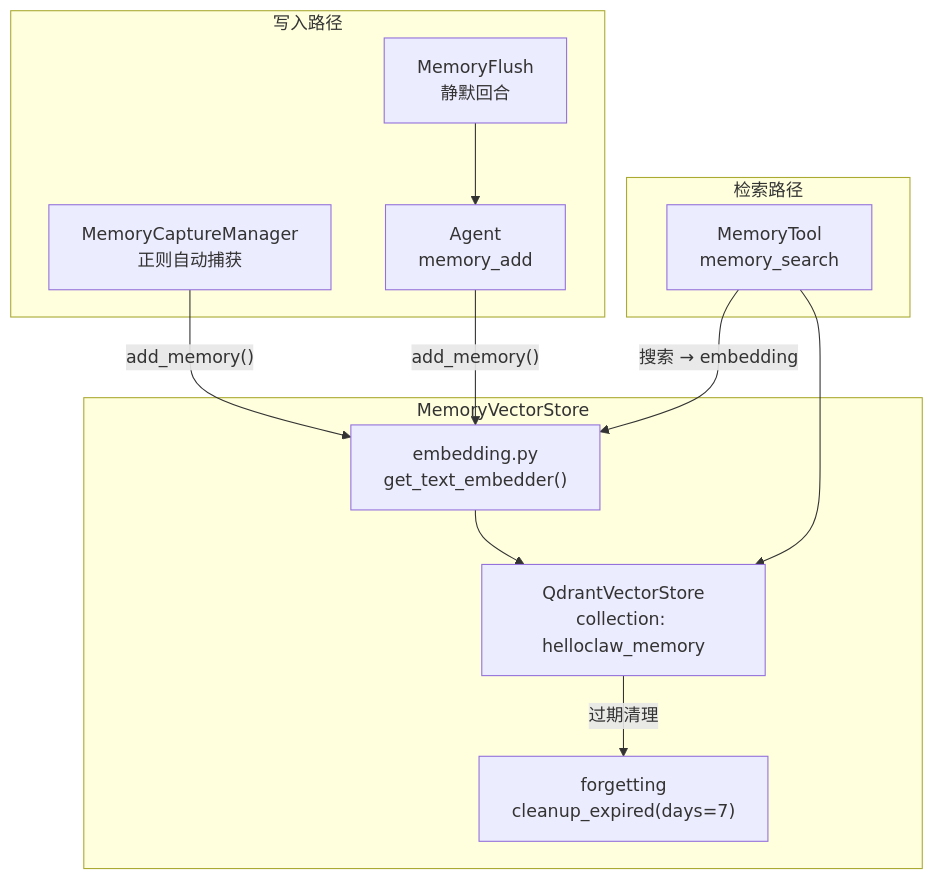
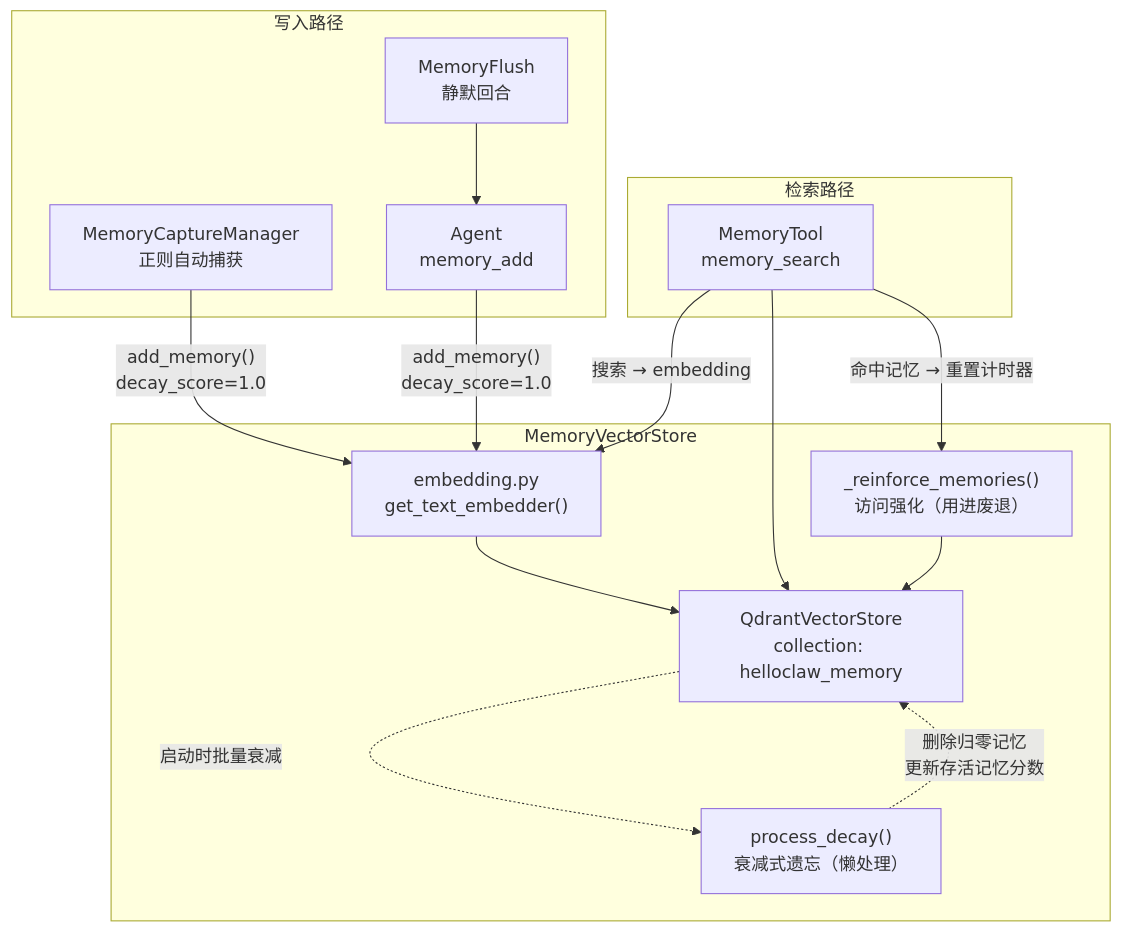
One commit to promisestar/MyClaw changed the second of 6 diagrams in docs/Memory实现与功能说明.md. Above: the diagram before and after it, drawn with Mermaid. The commit also changed other lines of this file and 4 other files, not shown here.

````diff
--- a/docs/Memory实现与功能说明.md
+++ b/docs/Memory实现与功能说明.md
@@ -72,26 +128,30 @@
 ```mermaid
 flowchart TB
     subgraph Store["MemoryVectorStore"]
         EMB["embedding.py<br/>get_text_embedder()"]
         QD["QdrantVectorStore<br/>collection: helloclaw_memory"]
-        FG["forgetting<br/>cleanup_expired(days=7)"]
+        FG["process_decay()<br/>衰减式遗忘（懒处理）"]
+        RF["_reinforce_memories()<br/>访问强化（用进废退）"]
     end
 
     subgraph Write["写入路径"]
         CAP["MemoryCaptureManager<br/>正则自动捕获"]
         AGT["Agent<br/>memory_add"]
         FLUSH["MemoryFlush<br/>静默回合"]
     end
 
     subgraph Read["检索路径"]
         TOOL["MemoryTool<br/>memory_search"]
     end
 
-    CAP -->|"add_memory()"| EMB
-    AGT -->|"add_memory()"| EMB
+    CAP -->|"add_memory()<br/>decay_score=1.0"| EMB
+    AGT -->|"add_memory()<br/>decay_score=1.0"| EMB
     FLUSH --> AGT
     EMB --> QD
     TOOL -->|"搜索 → embedding"| EMB
     TOOL --> QD
-    QD -->|"过期清理"| FG
+    TOOL -->|"命中记忆 → 重置计时器"| RF
+    RF --> QD
+    QD -.->|"启动时批量衰减"| FG
+    FG -.->|"删除归零记忆<br/>更新存活记忆分数"| QD
 ```
````
